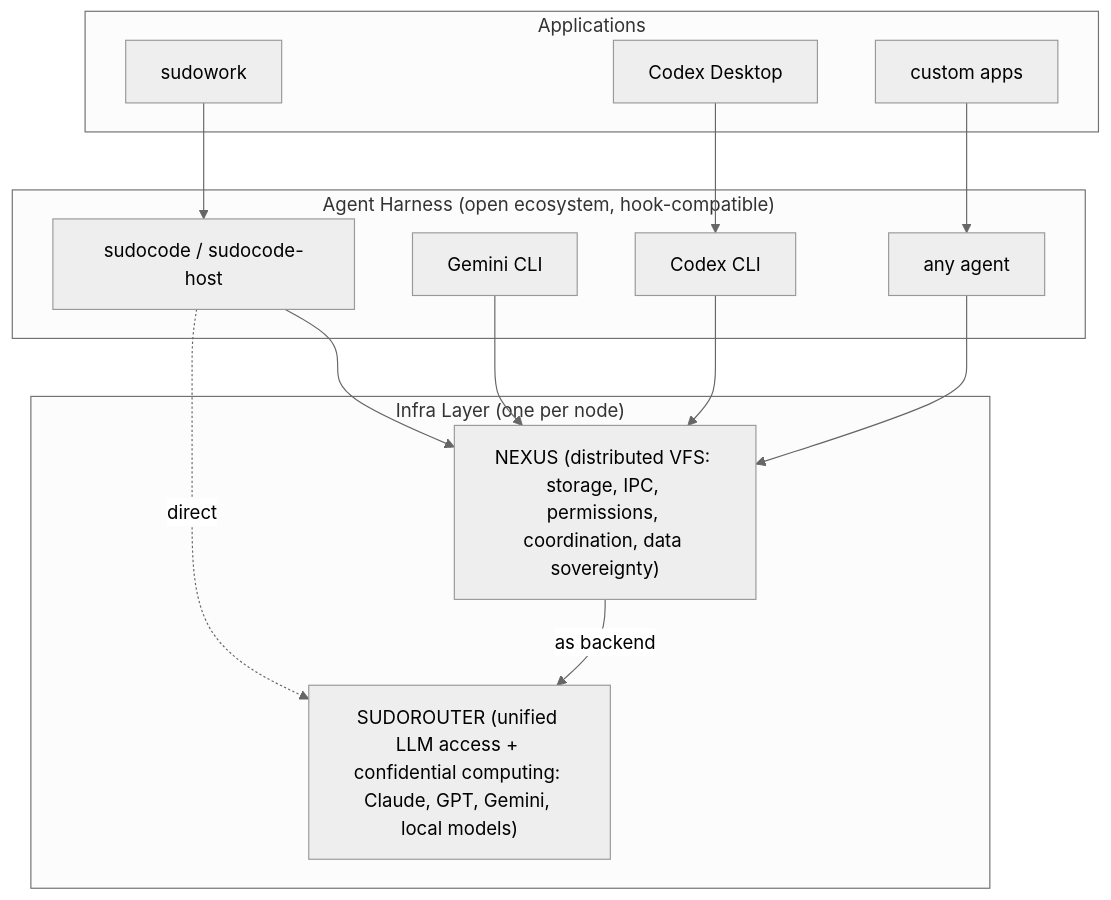
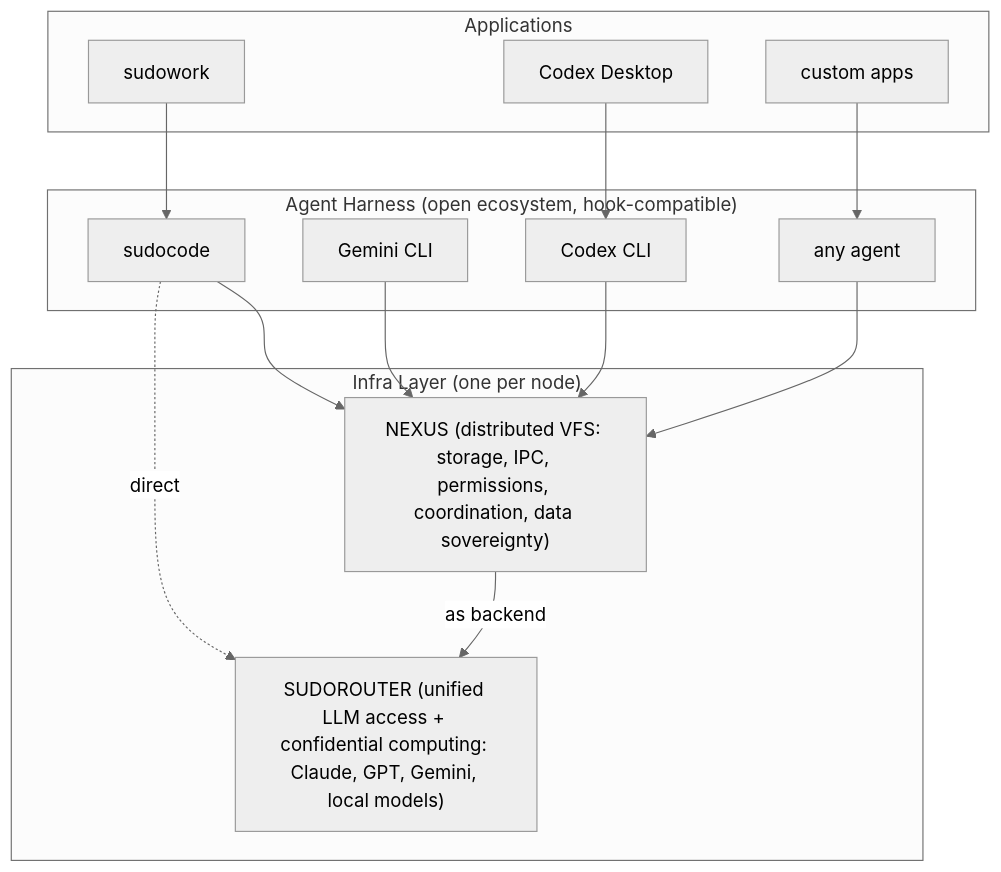
The first of 2 diagrams in README.md (nexi-lab/nexus), drawn with Mermaid (neutral theme) before and after one commit. The commit also changed 1 other file, not shown here.

Commit message:
docs(integration): drop the design-only sudocode-host binary
sudocode-host was a never-built design artifact: a separate binary proposed to
link the nexus and sudocode source trees. But sudocode already links the nexus
kernel crate in-process (KernelFsBackend + spawn_task live in sudocode_runtime),
so the sudocode binary IS the in-process host — no separate host binary is
needed. Reframe every reference to 'the sudocode binary' and rename §8.4 to
'Binary-edge placement'. The dependency edge (sudocode -> nexus), the
SpawnTask<Kernel> monomorphisation at the binary edge, and the one-kernel-per-host
model are all unchanged — only the phantom separate binary is gone.

````diff
--- a/README.md
+++ b/README.md
@@ -67,30 +67,30 @@
 ```mermaid
 graph TD
     subgraph Applications
         SW[sudowork]
         CD[Codex Desktop]
         CA[custom apps]
     end
 
     subgraph Agent_Harness ["Agent Harness (open ecosystem, hook-compatible)"]
-        SC[sudocode / sudocode-host]
+        SC[sudocode]
         GC[Gemini CLI]
         CX[Codex CLI]
         AH[any agent]
     end
 
     subgraph Infra ["Infra Layer (one per node)"]
         NX["NEXUS (distributed VFS: storage, IPC, permissions, coordination, data sovereignty)"]
         SR["SUDOROUTER (unified LLM access + confidential computing: Claude, GPT, Gemini, local models)"]
     end
 
     SW --> SC
     CD --> CX
     CA --> AH
     SC --> NX
     GC --> NX
     CX --> NX
     AH --> NX
     SC -.->|direct| SR
     NX -->|as backend| SR
 ```
````
